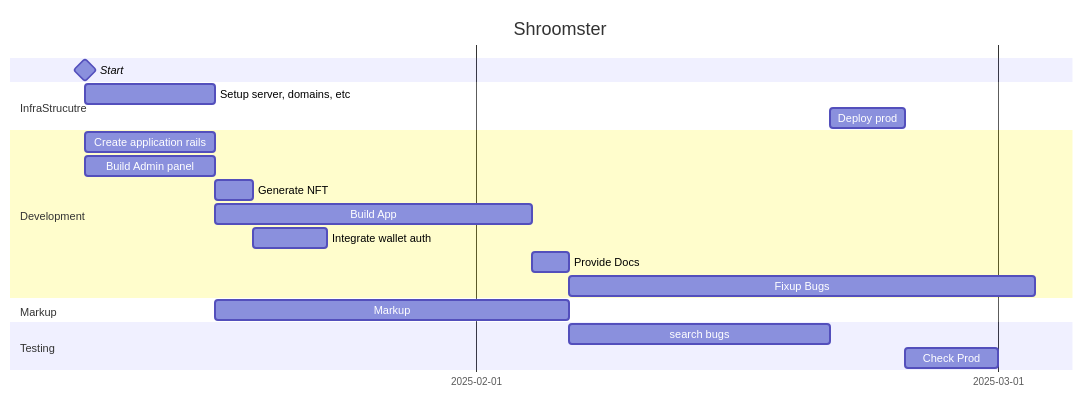
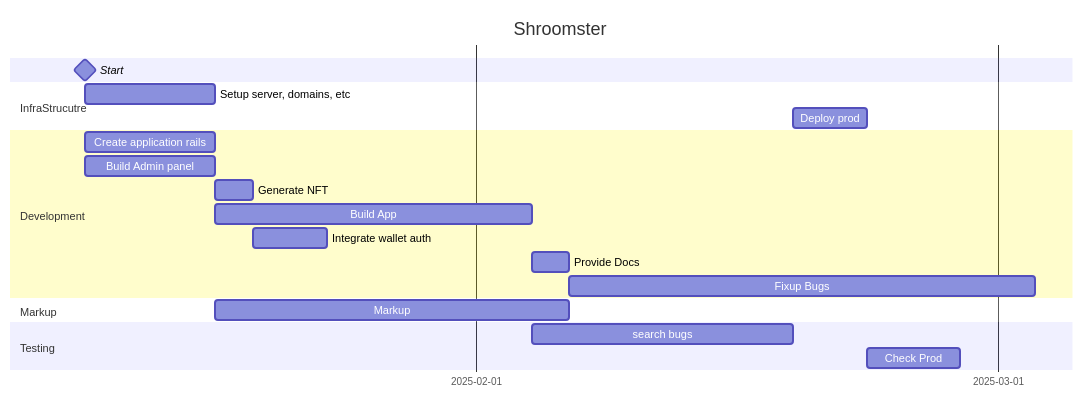
Before and after one commit to nosovk/flowershow: the diagram in content/NA/Sales/Shroomsters.md, drawn with Mermaid.

Commit message:
Update content content/NA/Sales/Shroomsters.md

````diff
--- a/content/NA/Sales/Shroomsters.md
+++ b/content/NA/Sales/Shroomsters.md
@@ -25,24 +25,24 @@
 ```mermaid
 gantt
     title Shroomster
     dateFormat MM-DD
     tickInterval 1month
     todayMarker off
     Start : milestone, s1, 2025-01-11,0min
     section InfraStrucutre
         Setup server, domains, etc: i1, after s1, 7d
         Deploy prod: i3, after qa1, 4d
     section Development
         Create application rails: dev1, after s1, 7d
         Build Admin panel: dev2-1, after s1, 7d
         Generate NFT: dev2-2, after dev1, 2d
         Build App: dev3-1, after dev2-1, 17d
         Integrate wallet auth: dev3-2, after dev2-2, 4d
         Provide Docs: dev4, after dev3-1, 2d
         Fixup Bugs: dev5, after dev4, 25d
     section Markup
         Markup: m1, after dev1, until dev5
     section Testing
-        search bugs: qa1, after dev4, 14d
+        search bugs: qa1, after dev3-1, 14d
         Check Prod: qa2, after i3, 5d
 ```
````
